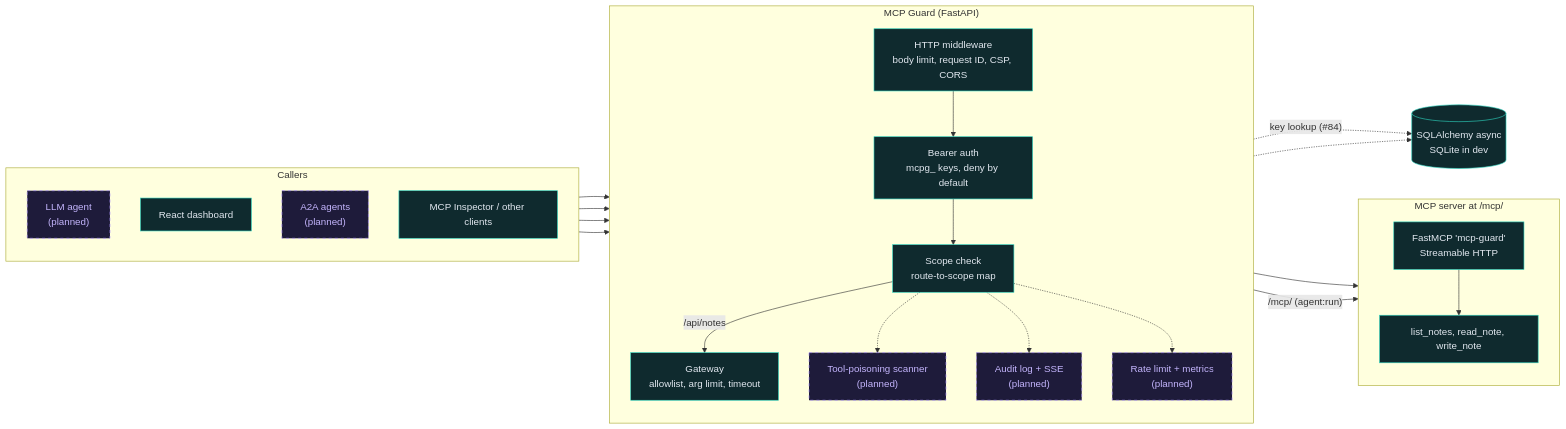
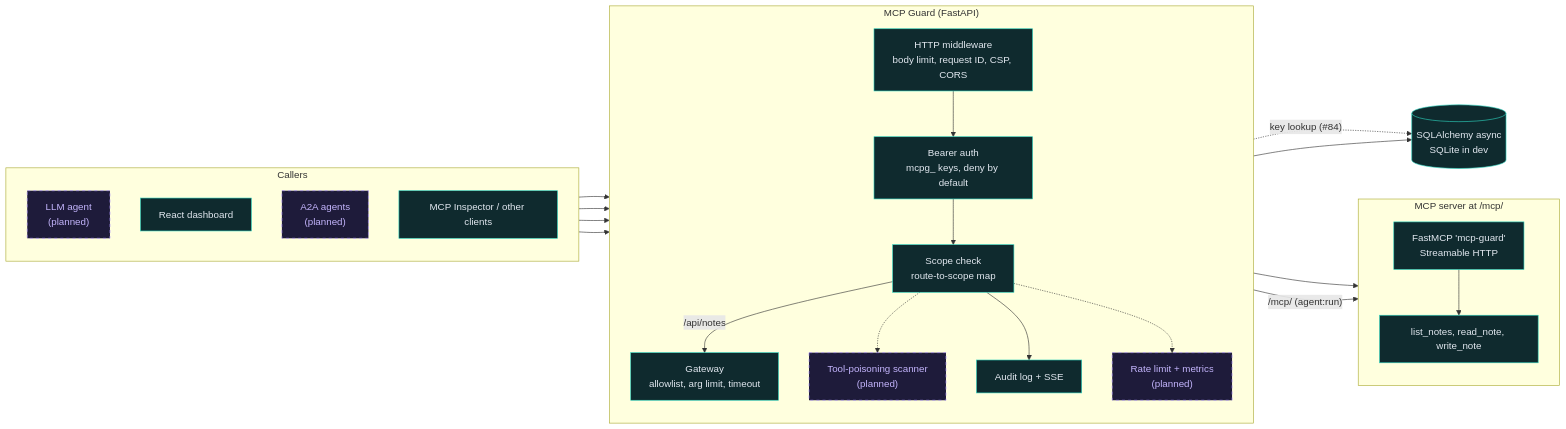
One commit to aneek22112007-tech/mcp-a2a-secure changed the first of 3 diagrams in README.md. Above: the diagram before and after it, drawn with Mermaid. The commit also changed other lines of this file and 21 other files, not shown here.

First line of the commit message:
feat(api): audit every tool call and auth decision

````diff
--- a/README.md
+++ b/README.md
@@ -28,48 +28,48 @@
 ```mermaid
 flowchart LR
     subgraph CALLERS["Callers"]
         direction TB
         AG["LLM agent<br/>(planned)"]
         UI["React dashboard"]
         A2A["A2A agents<br/>(planned)"]
         INS["MCP Inspector / other clients"]
     end
 
     subgraph CORE["MCP Guard (FastAPI)"]
         direction TB
         MW["HTTP middleware<br/>body limit, request ID, CSP, CORS"]
         AUTH["Bearer auth<br/>mcpg_ keys, deny by default"]
         SC["Scope check<br/>route-to-scope map"]
         GW["Gateway<br/>allowlist, arg limit, timeout"]
         SCAN["Tool-poisoning scanner<br/>(planned)"]
-        AUD["Audit log + SSE<br/>(planned)"]
+        AUD["Audit log + SSE"]
         RL["Rate limit + metrics<br/>(planned)"]
     end
 
     subgraph TOOLS["MCP server at /mcp/"]
         direction TB
         MCP["FastMCP 'mcp-guard'<br/>Streamable HTTP"]
         T1["list_notes, read_note, write_note"]
     end
 
     DB[("SQLAlchemy async<br/>SQLite in dev")]
 
     AG --> MW
     UI --> MW
     A2A --> MW
     INS --> MW
     MW --> AUTH --> SC
     SC -->|"/api/notes"| GW --> MCP
     SC -->|"/mcp/ (agent:run)"| MCP
     MCP --> T1
     SC -.-> SCAN
-    SC -.-> AUD
+    SC --> AUD
     SC -.-> RL
     AUTH -.->|"key lookup (#84)"| DB
-    AUD -.-> DB
+    AUD --> DB
 
     classDef built fill:#0f2a2e,stroke:#2dd4bf,color:#e2e8f0
     classDef planned fill:#1e1b3a,stroke:#a78bfa,color:#c4b5fd,stroke-dasharray:5 5
-    class MW,AUTH,SC,GW,MCP,T1,UI,INS,DB built
-    class SCAN,AUD,RL,AG,A2A planned
+    class MW,AUTH,SC,GW,MCP,T1,UI,INS,DB,AUD built
+    class SCAN,RL,AG,A2A planned
 ```
````
